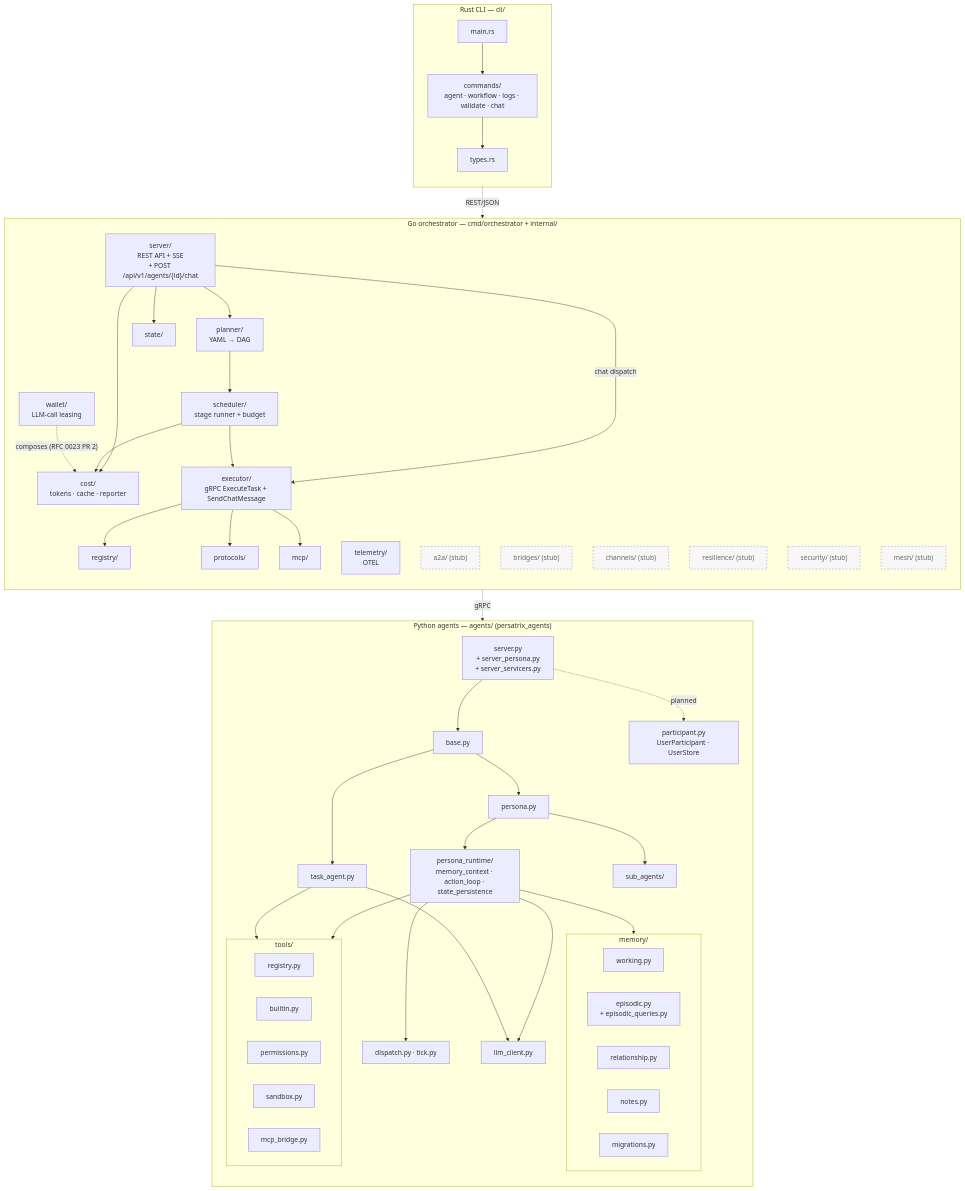
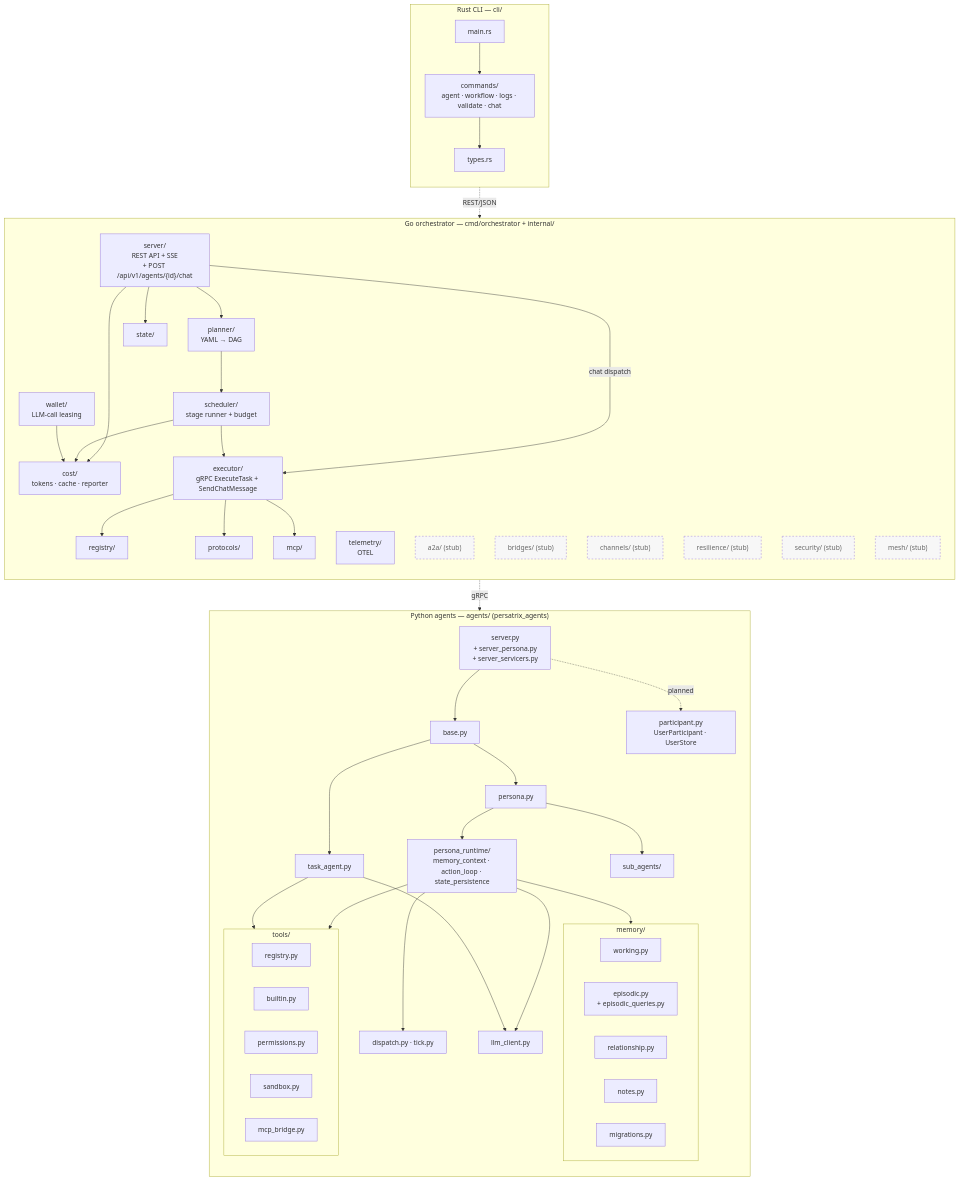
The diagram in docs/diagrams/component-architecture.md (mkhomutov/Persatrix), drawn with Mermaid before and after one commit. The commit also changed other lines of this file and 7 other files, not shown here.

```diff
--- a/docs/diagrams/component-architecture.md
+++ b/docs/diagrams/component-architecture.md
@@ -43,7 +43,7 @@
         PLANNER --> SCHEDULER
         SCHEDULER --> EXECUTOR
         SCHEDULER --> COST
-        WALLET -. composes (RFC 0023 PR 2) .-> COST
+        WALLET --> COST
         EXECUTOR --> REGISTRY
         EXECUTOR --> PROTOS
         EXECUTOR --> MCPG
```
